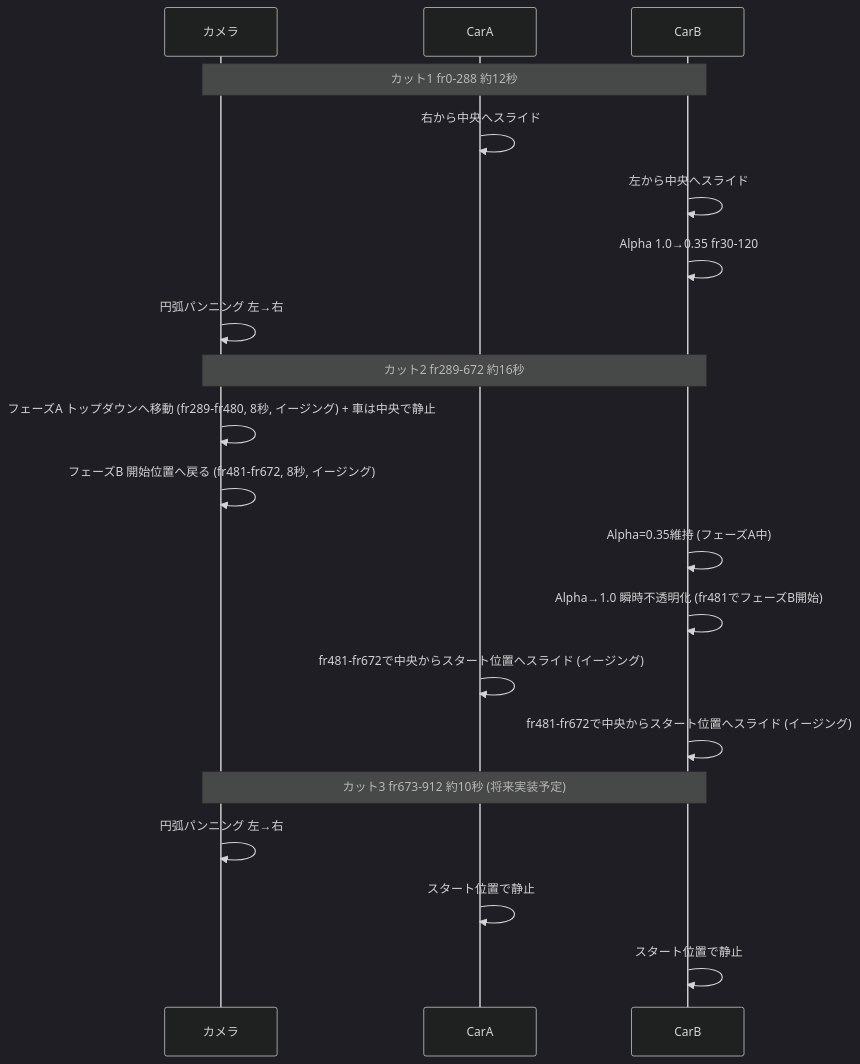
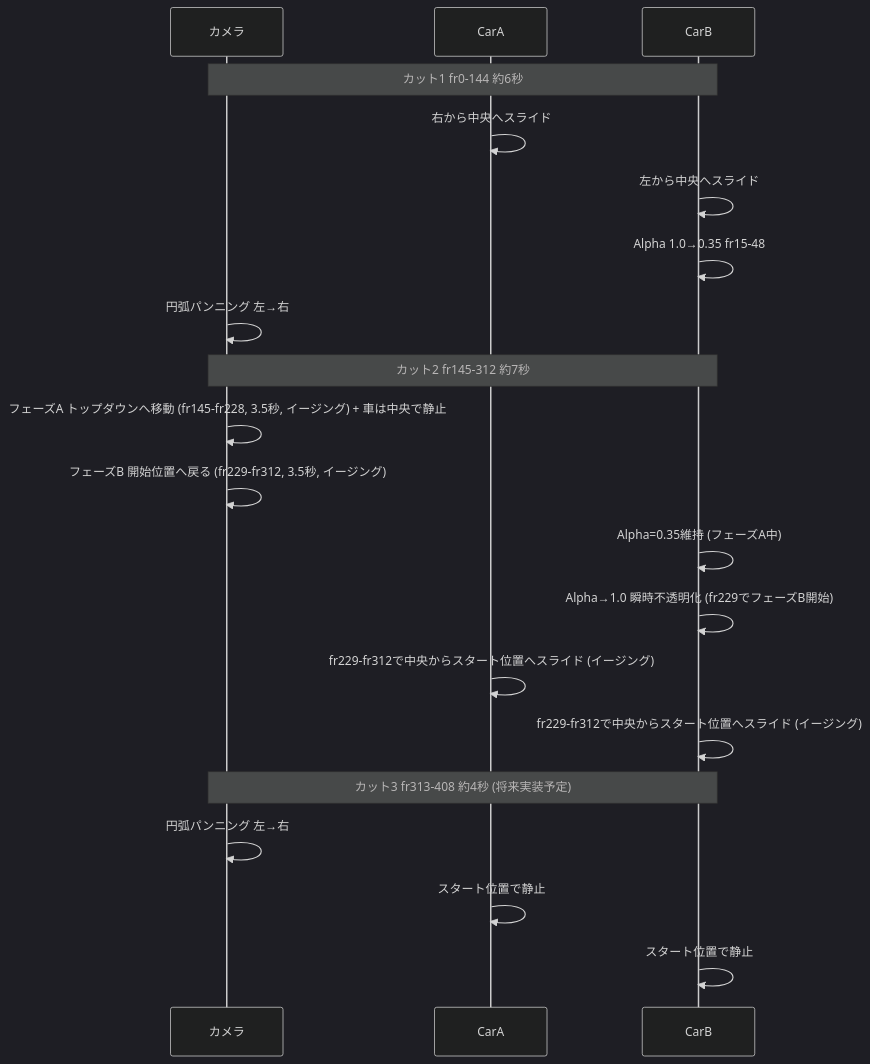
One commit to yookx450f/blender-vs-code changed the diagram in plans/short2の仕様.md. Above: the diagram before and after it, drawn with Mermaid (dark theme). The commit also changed other lines of this file and 3 other files, not shown here.

````diff
--- a/plans/short2の仕様.md
+++ b/plans/short2の仕様.md
@@ -133,25 +133,25 @@
 ```mermaid
 sequenceDiagram
     participant カメラ
     participant CarA
     participant CarB
 
-    Note over カメラ,CarB: カット1 fr0-288 約12秒
+    Note over カメラ,CarB: カット1 fr0-144 約6秒
     CarA->>CarA: 右から中央へスライド
     CarB->>CarB: 左から中央へスライド
-    CarB->>CarB: Alpha 1.0→0.35 fr30-120
+    CarB->>CarB: Alpha 1.0→0.35 fr15-48
     カメラ->>カメラ: 円弧パンニング 左→右
 
-    Note over カメラ,CarB: カット2 fr289-672 約16秒
-    カメラ->>カメラ: フェーズA トップダウンへ移動 (fr289-fr480, 8秒, イージング) + 車は中央で静止
-    カメラ->>カメラ: フェーズB 開始位置へ戻る (fr481-fr672, 8秒, イージング)
+    Note over カメラ,CarB: カット2 fr145-312 約7秒
+    カメラ->>カメラ: フェーズA トップダウンへ移動 (fr145-fr228, 3.5秒, イージング) + 車は中央で静止
+    カメラ->>カメラ: フェーズB 開始位置へ戻る (fr229-fr312, 3.5秒, イージング)
     CarB->>CarB: Alpha=0.35維持 (フェーズA中)
-    CarB->>CarB: Alpha→1.0 瞬時不透明化 (fr481でフェーズB開始)
-    CarA->>CarA: fr481-fr672で中央からスタート位置へスライド (イージング)
-    CarB->>CarB: fr481-fr672で中央からスタート位置へスライド (イージング)
+    CarB->>CarB: Alpha→1.0 瞬時不透明化 (fr229でフェーズB開始)
+    CarA->>CarA: fr229-fr312で中央からスタート位置へスライド (イージング)
+    CarB->>CarB: fr229-fr312で中央からスタート位置へスライド (イージング)
 
-    Note over カメラ,CarB: カット3 fr673-912 約10秒 (将来実装予定)
+    Note over カメラ,CarB: カット3 fr313-408 約4秒 (将来実装予定)
     カメラ->>カメラ: 円弧パンニング 左→右
     CarA->>CarA: スタート位置で静止
     CarB->>CarB: スタート位置で静止
 ```
````
